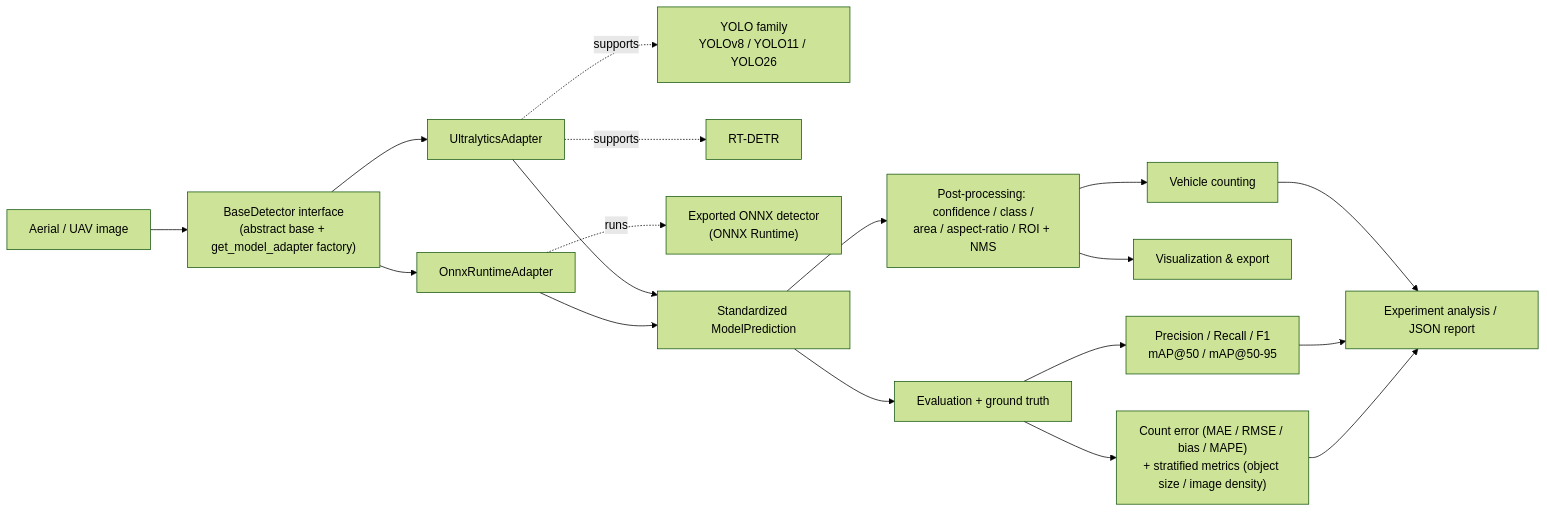
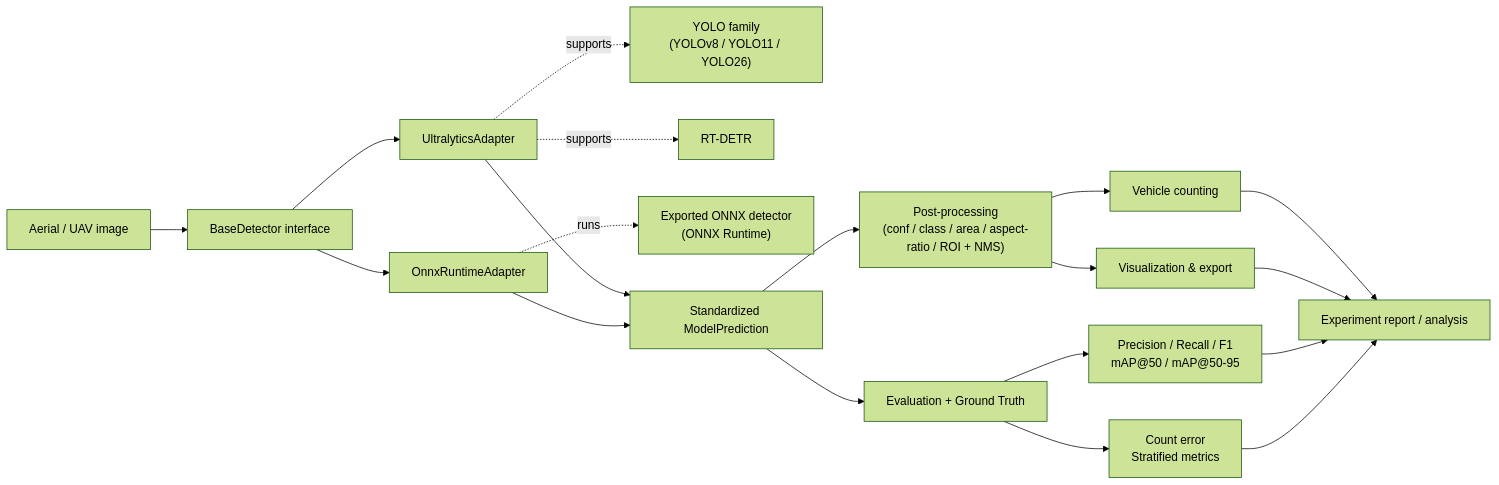
The first of 2 diagrams in README.md (Pratyush061/AeroNetra-computervision), drawn with Mermaid (forest theme) before and after one commit.

Commit message:
docs: simplify architecture diagram on first page

````diff
--- a/README.md
+++ b/README.md
@@ -63,26 +63,28 @@
 ```mermaid
 flowchart LR
-    A[Aerial / UAV image] --> B["BaseDetector interface<br/>(abstract base + get_model_adapter factory)"]
+    A[Aerial / UAV image] --> B[BaseDetector interface]
 
     B --> U[UltralyticsAdapter]
     B --> O[OnnxRuntimeAdapter]
 
-    U -. supports .-> Y["YOLO family<br/>YOLOv8 / YOLO11 / YOLO26"]
-    U -. supports .-> R["RT-DETR"]
+    U -. supports .-> Y["YOLO family<br/>(YOLOv8 / YOLO11 / YOLO26)"]
+    U -. supports .-> R[RT-DETR]
     O -. runs .-> X["Exported ONNX detector<br/>(ONNX Runtime)"]
 
     U --> C[Standardized ModelPrediction]
     O --> C
 
-    C --> P["Post-processing: confidence / class /<br/>area / aspect-ratio / ROI + NMS"]
+    C --> P["Post-processing<br/>(conf / class / area / aspect-ratio / ROI + NMS)"]
+    C --> G["Evaluation + Ground Truth"]
+
     P --> E[Vehicle counting]
     P --> V[Visualization & export]
 
-    C --> G[Evaluation + ground truth]
     G --> M["Precision / Recall / F1<br/>mAP@50 / mAP@50-95"]
-    G --> K["Count error (MAE / RMSE / bias / MAPE)<br/>+ stratified metrics (object size / image density)"]
+    G --> K["Count error<br/>Stratified metrics"]
 
-    E --> A2["Experiment analysis / JSON report"]
-    M --> A2
-    K --> A2
+    E --> RPT[Experiment report / analysis]
+    V --> RPT
+    M --> RPT
+    K --> RPT
 ```
````
